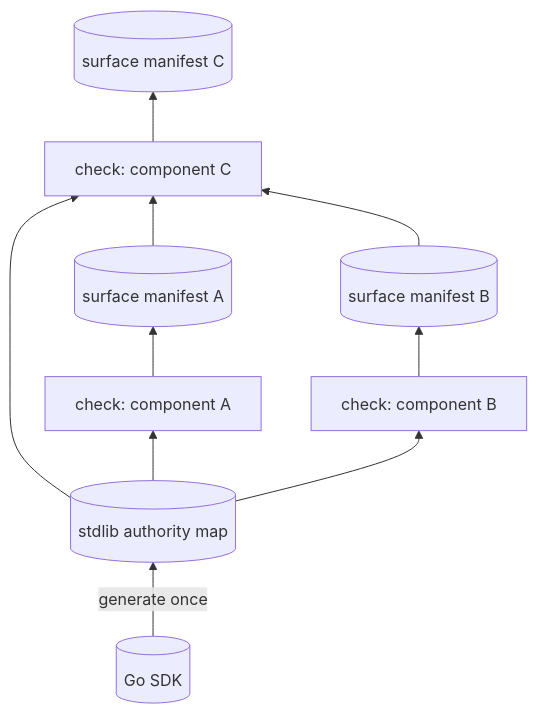
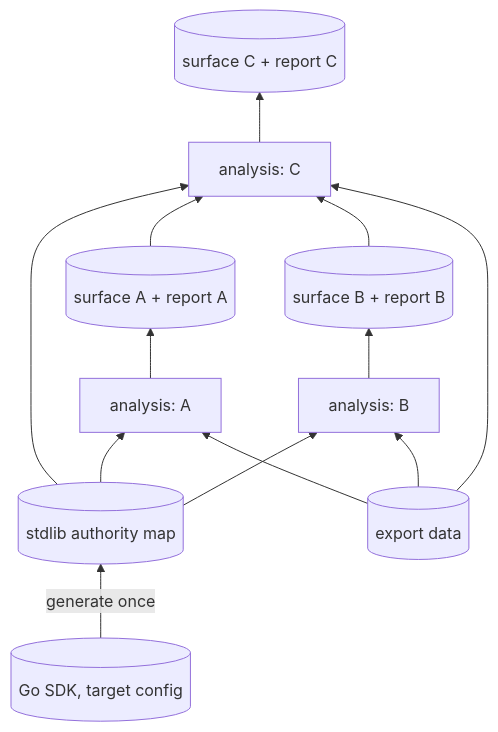
Before and after one commit to ono-sendai-labs/architectural-contracts: the fourth of 4 diagrams in .agents/planning/2026-08-04-compositional-component-analysis/design/detailed-design.md, drawn with Mermaid. The commit also changed other lines of this file and 6 other files, not shown here.

````diff
--- a/.agents/planning/2026-08-04-compositional-component-analysis/design/detailed-design.md
+++ b/.agents/planning/2026-08-04-compositional-component-analysis/design/detailed-design.md
@@ -174,12 +304,15 @@
 ```mermaid
 flowchart BT
-    SDK[(Go SDK)] -->|generate once| MAP[(stdlib authority map)]
-    MAP --> CA[check: component A]
-    MAP --> CB[check: component B]
-    MAP --> CC[check: component C]
-    CA --> SA[(surface manifest A)]
-    CB --> SB[(surface manifest B)]
+    SDK[(Go SDK, target config)] -->|generate once| MAP[(stdlib authority map)]
+    MAP --> CA[analysis: A]
+    MAP --> CB[analysis: B]
+    MAP --> CC[analysis: C]
+    CA --> SA[(surface A + report A)]
+    CB --> SB[(surface B + report B)]
     SA --> CC
     SB --> CC
-    CC --> SC[(surface manifest C)]
+    CC --> SC[(surface C + report C)]
+    EXP[(export data)] --> CA
+    EXP --> CB
+    EXP --> CC
 ```
````
